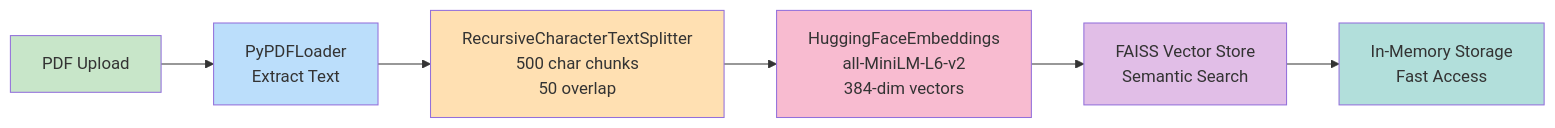
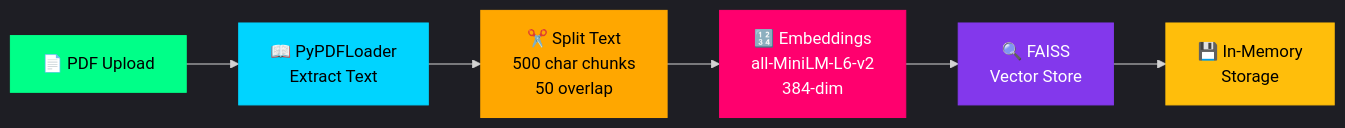
One commit to farazmirzax/ContextAI changed the second of 3 diagrams in README.md. Above: the diagram before and after it, drawn with Mermaid. The commit also changed other lines of this file, not shown here.

Commit message:
readme better with mermaid

````diff
--- a/README.md
+++ b/README.md
@@ -68,15 +69,16 @@
 ```mermaid
+%%{init: {'theme':'dark'}}%%
 graph LR
-    A["PDF Upload"] --> B["PyPDFLoader<br/>Extract Text"]
-    B --> C["RecursiveCharacterTextSplitter<br/>500 char chunks<br/>50 overlap"]
-    C --> D["HuggingFaceEmbeddings<br/>all-MiniLM-L6-v2<br/>384-dim vectors"]
-    D --> E["FAISS Vector Store<br/>Semantic Search"]
-    E --> F["In-Memory Storage<br/>Fast Access"]
+    A["📄 PDF Upload"] --> B["📖 PyPDFLoader<br/>Extract Text"]
+    B --> C["✂️ Split Text<br/>500 char chunks<br/>50 overlap"]
+    C --> D["🔢 Embeddings<br/>all-MiniLM-L6-v2<br/>384-dim"]
+    D --> E["🔍 FAISS<br/>Vector Store"]
+    E --> F["💾 In-Memory<br/>Storage"]
     
-    style A fill:#c8e6c9
-    style B fill:#bbdefb
-    style C fill:#ffe0b2
-    style D fill:#f8bbd0
-    style E fill:#e1bee7
-    style F fill:#b2dfdb
+    style A fill:#00ff88,stroke:#00ff88,color:#000
+    style B fill:#00d4ff,stroke:#00d4ff,color:#000
+    style C fill:#ffa700,stroke:#ffa700,color:#000
+    style D fill:#ff006e,stroke:#ff006e,color:#fff
+    style E fill:#8338ec,stroke:#8338ec,color:#fff
+    style F fill:#ffbe0b,stroke:#ffbe0b,color:#000
 ```
````
